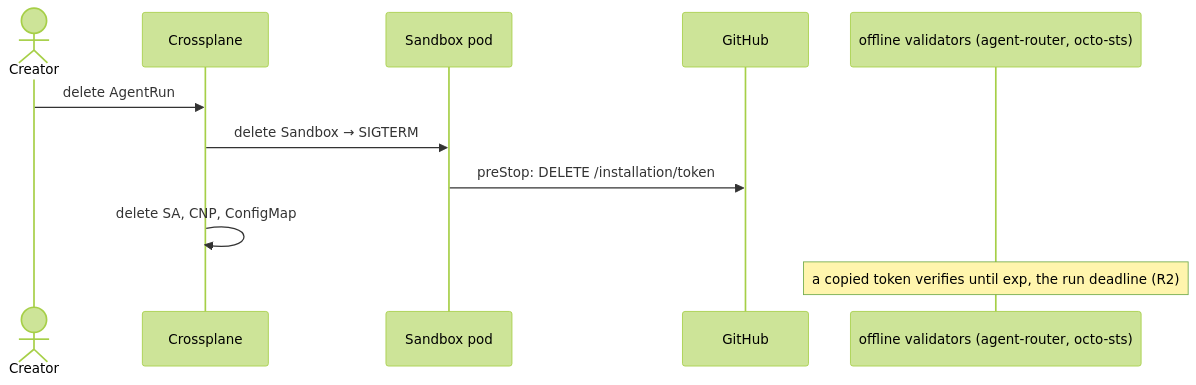
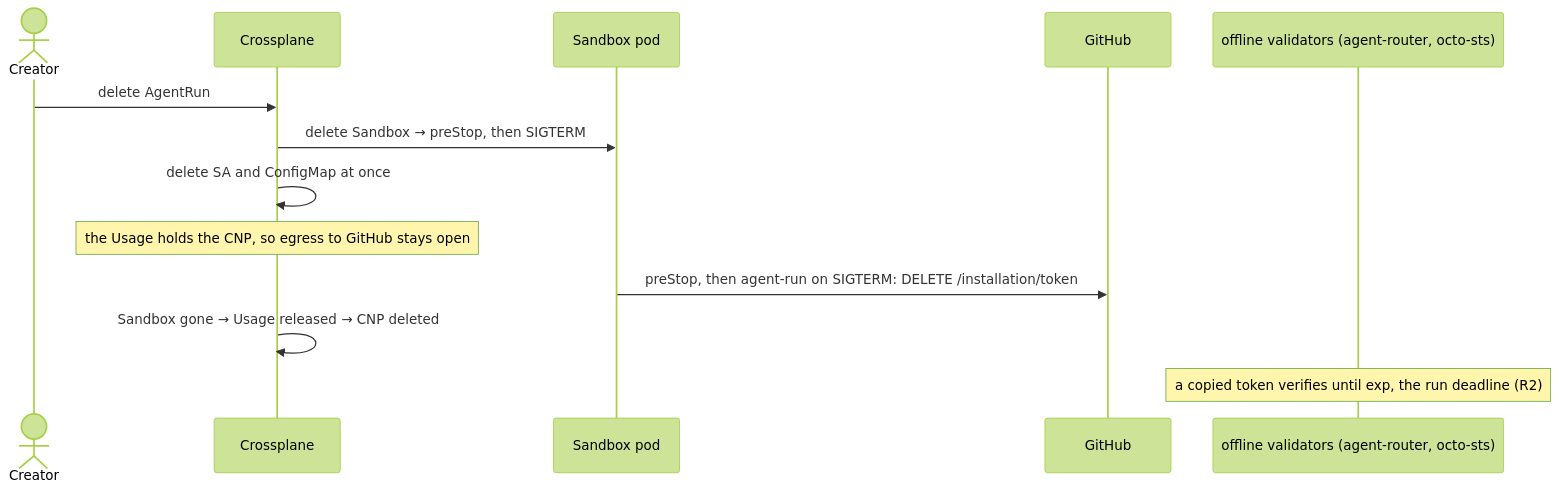
The third of 3 diagrams in docs/superpowers/specs/2026-09-23-agent-runtime-identity-design.md (Smana/cloud-native-ref), drawn with Mermaid (forest theme) before and after one commit. The commit also changed other lines of this file and 1 other file, not shown here.

Commit message:
docs(superpowers): keep the run's CNP until its sandbox is gone, revoke on SIGTERM
F3: revocation assumed the preStop ran before the CNP went, but Crossplane
deletes composed resources in parallel, so the revoke could lose its egress to
api.github.com and strand the token for an hour. CC-1 b8c68c1 composes a Usage
holding the CNP until the Sandbox is gone (replayDeletion). Python's default
SIGTERM action also skips `finally`, so agent-run's revoke never ran on pod
deletion; the harness now exits through SystemExit on SIGTERM.

````diff
--- a/docs/superpowers/specs/2026-09-23-agent-runtime-identity-design.md
+++ b/docs/superpowers/specs/2026-09-23-agent-runtime-identity-design.md
@@ -295,13 +298,15 @@
 ```mermaid
 sequenceDiagram
   actor C as Creator
   participant X as Crossplane
   participant Pod as Sandbox pod
   participant GH as GitHub
   participant V as offline validators (agent-router, octo-sts)
   C->>X: delete AgentRun
-  X->>Pod: delete Sandbox → SIGTERM
-  Pod->>GH: preStop: DELETE /installation/token
-  X->>X: delete SA, CNP, ConfigMap
+  X->>Pod: delete Sandbox → preStop, then SIGTERM
+  X->>X: delete SA and ConfigMap at once
+  Note over X: the Usage holds the CNP, so egress to GitHub stays open
+  Pod->>GH: preStop, then agent-run on SIGTERM: DELETE /installation/token
+  X->>X: Sandbox gone → Usage released → CNP deleted
   Note over V: a copied token verifies until exp, the run deadline (R2)
 ```
````
